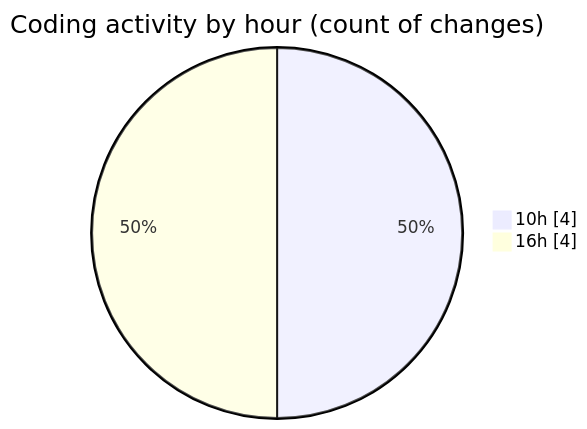
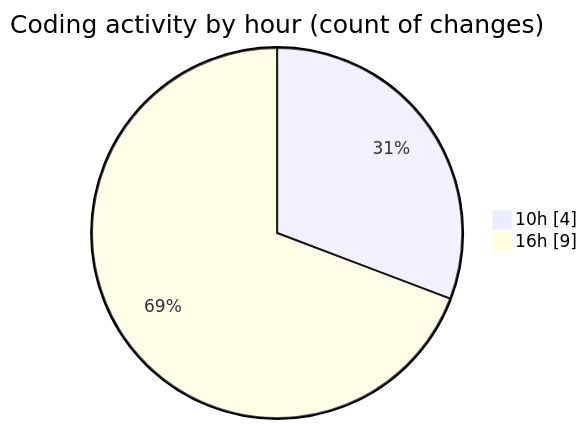
One commit to vahidmafi/code-tracking changed the second of 2 diagrams in 2025-04-17/horizon/README.md. Above: the diagram before and after it, drawn with Mermaid. The commit also changed other lines of this file and 1 other file, not shown here.

````diff
--- a/2025-04-17/horizon/README.md
+++ b/2025-04-17/horizon/README.md
@@ -29,6 +29,6 @@
 ```mermaid
 pie showData
 title Coding activity by hour (count of changes)
 "10h" : 4
-"16h" : 4
+"16h" : 9
 ```
````
